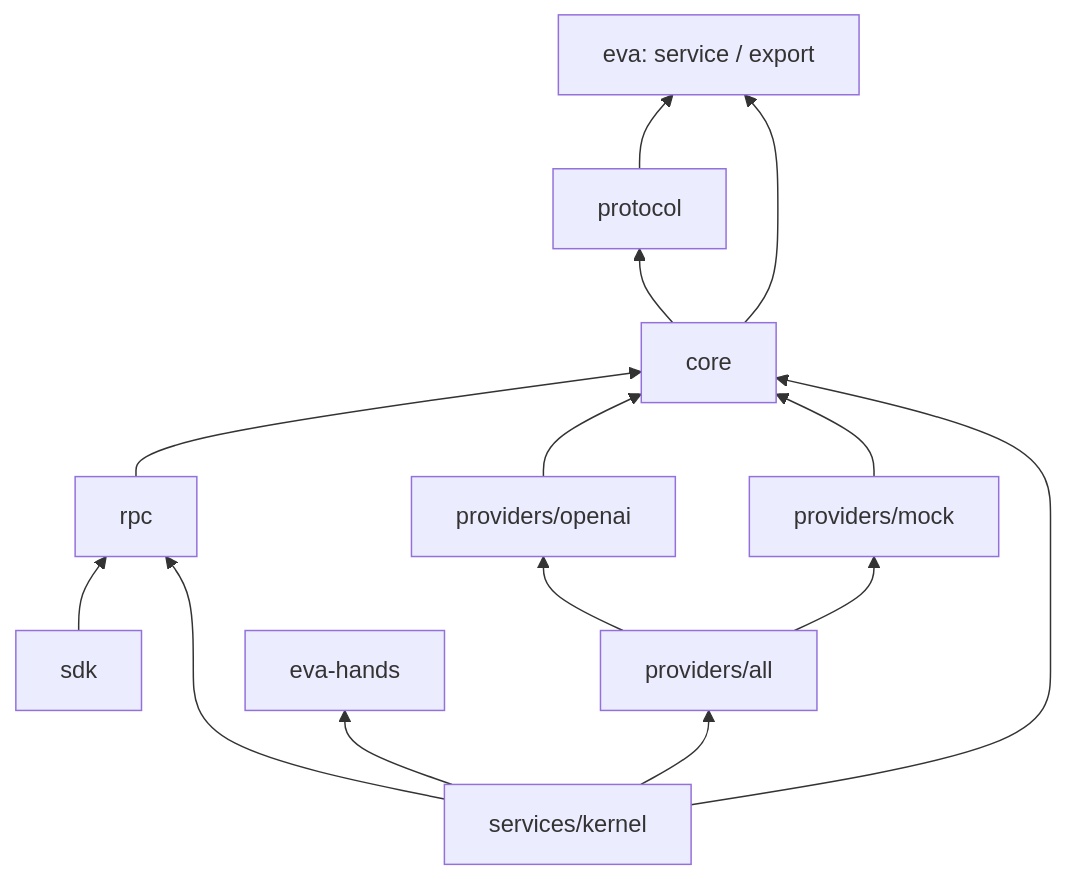
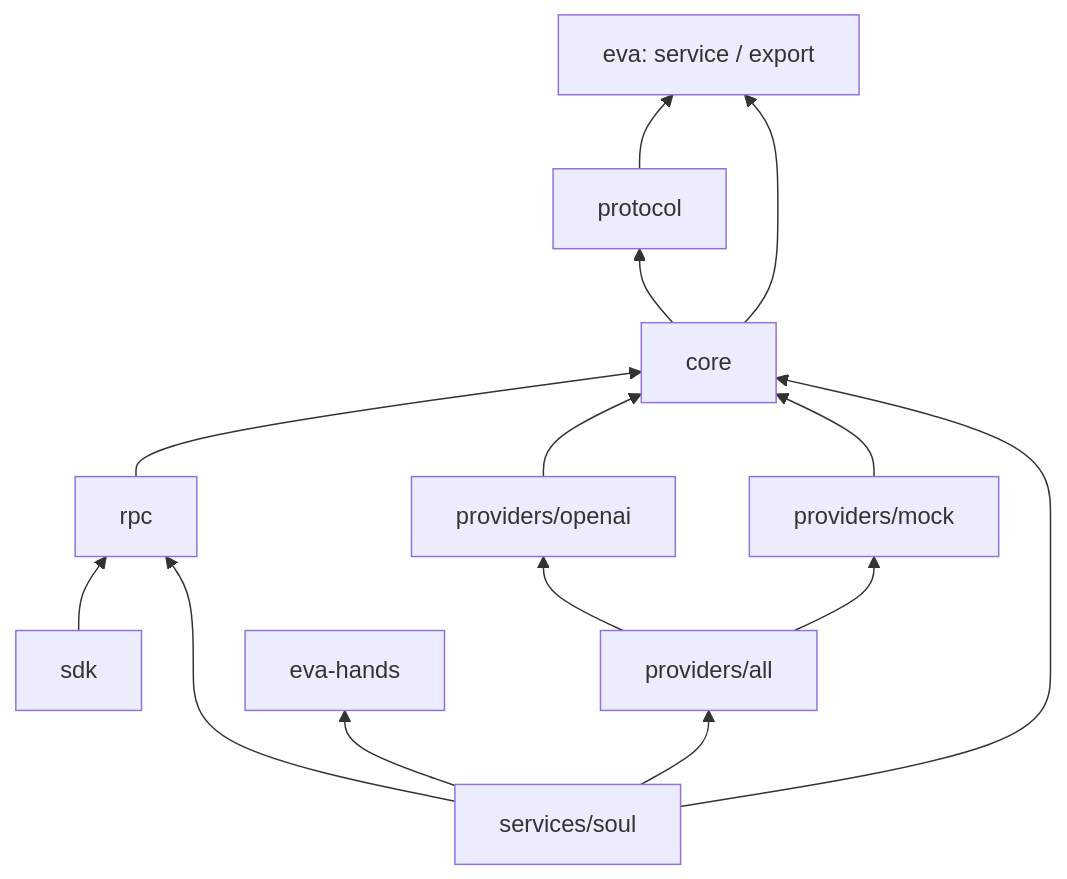
Before and after one commit to eva-rs/kernel: the second of 3 diagrams in docs/src/architecture.md, drawn with Mermaid. The commit also changed other lines of this file and 568 other files, not shown here.

First line of the commit message:
kernel переименован в soul; SDK модулей, локализация, управление сном

````diff
--- a/docs/src/architecture.md
+++ b/docs/src/architecture.md
@@ -44,16 +45,16 @@
 ```mermaid
 flowchart BT
   core --> protocol
   protocol --> eva["eva: service / export"]
   core --> eva
   rpc --> core
   openai["providers/openai"] --> core
   mock["providers/mock"] --> core
   all["providers/all"] --> openai
   all --> mock
   sdk --> rpc
-  kernel["services/kernel"] --> core
-  kernel --> rpc
-  kernel --> all
-  kernel --> hands["eva-hands"]
+  soul["services/soul"] --> core
+  soul --> rpc
+  soul --> all
+  soul --> hands["eva-hands"]
 ```
````
